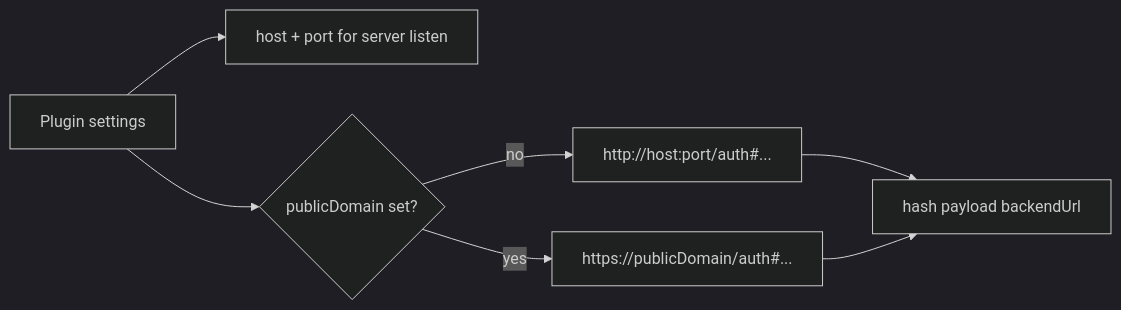
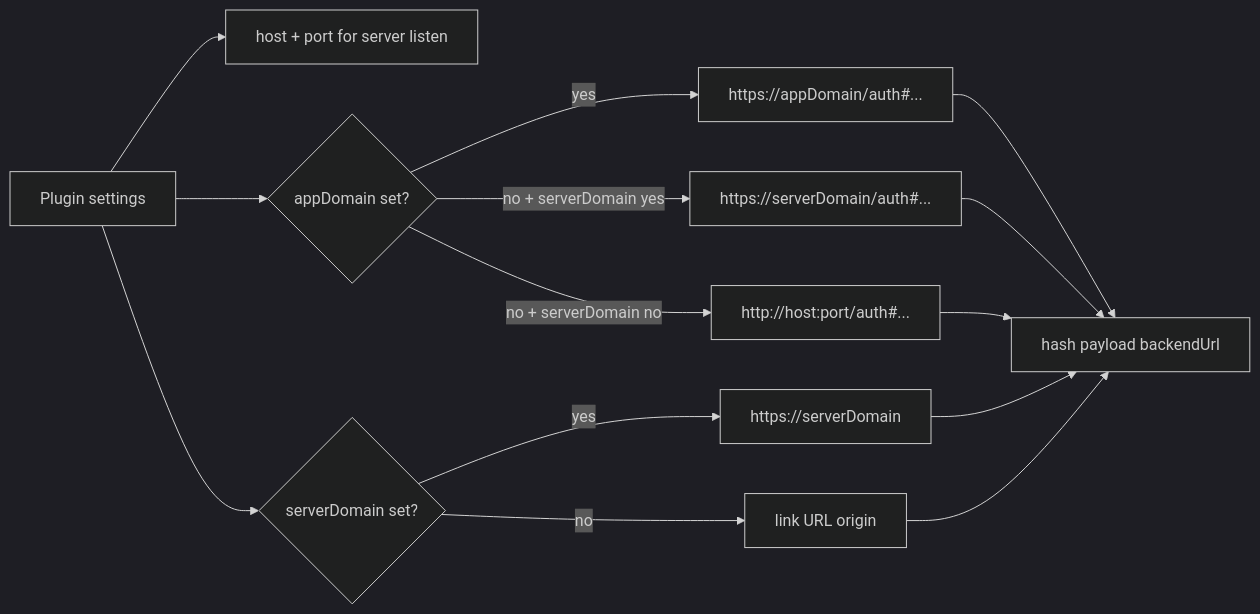
Before and after one commit to ex3ndr/daycare: the diagram in doc/internals/daycare-app-public-domain-links.md, drawn with Mermaid (dark theme). The commit also changed other lines of this file and 10 other files, not shown here.

Commit message:
feat(app-server): split app and backend domains in auth links

````diff
--- a/doc/internals/daycare-app-public-domain-links.md
+++ b/doc/internals/daycare-app-public-domain-links.md
@@ -9,9 +9,16 @@
 ```mermaid
 flowchart LR
     Settings[Plugin settings] --> Bind[host + port for server listen]
-    Settings --> Public{publicDomain set?}
-    Public -->|no| LocalURL[http://host:port/auth#...]
-    Public -->|yes| PublicURL[https://publicDomain/auth#...]
-    LocalURL --> Hash[hash payload backendUrl]
-    PublicURL --> Hash
+    Settings --> AppDomain{appDomain set?}
+    Settings --> ServerDomain{serverDomain set?}
+    AppDomain -->|yes| LinkURL[https://appDomain/auth#...]
+    AppDomain -->|no + serverDomain yes| LinkURLServer[https://serverDomain/auth#...]
+    AppDomain -->|no + serverDomain no| LinkURLLocal[http://host:port/auth#...]
+    ServerDomain -->|yes| BackendURL[https://serverDomain]
+    ServerDomain -->|no| BackendFallback[link URL origin]
+    LinkURL --> Hash[hash payload backendUrl]
+    LinkURLServer --> Hash
+    LinkURLLocal --> Hash
+    BackendURL --> Hash
+    BackendFallback --> Hash
 ```
````
